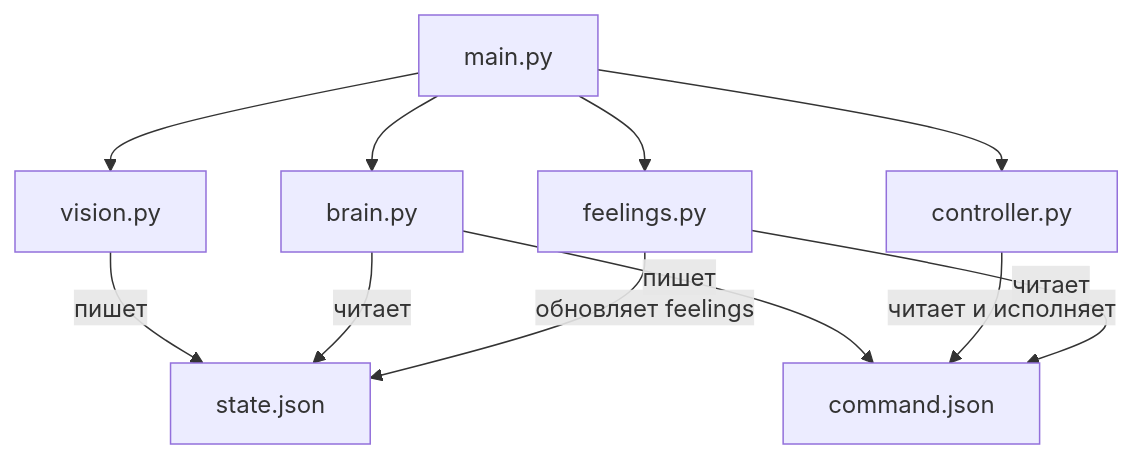
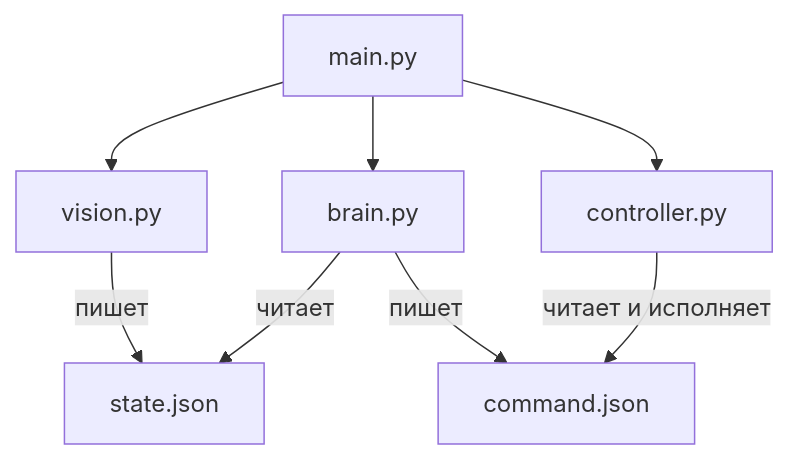
Before and after one commit to Orlinskas/RasberryPi_Projects: the second of 3 diagrams in robot_prome_v1/README.md, drawn with Mermaid. The commit also changed other lines of this file and 6 other files, not shown here.

````diff
--- a/robot_prome_v1/README.md
+++ b/robot_prome_v1/README.md
@@ -33,22 +29,18 @@
 ```mermaid
 flowchart TD
     mainModule["main.py"]
     visionModule["vision.py"]
     brainModule["brain.py"]
     controllerModule["controller.py"]
-    feelingsModule["feelings.py"]
     stateFile["state.json"]
     commandFile["command.json"]
 
     mainModule --> visionModule
     mainModule --> brainModule
     mainModule --> controllerModule
-    mainModule --> feelingsModule
 
     visionModule -->|"пишет"| stateFile
     brainModule -->|"читает"| stateFile
     brainModule -->|"пишет"| commandFile
     controllerModule -->|"читает и исполняет"| commandFile
-    feelingsModule -->|"читает"| commandFile
-    feelingsModule -->|"обновляет feelings"| stateFile
 ```
````
